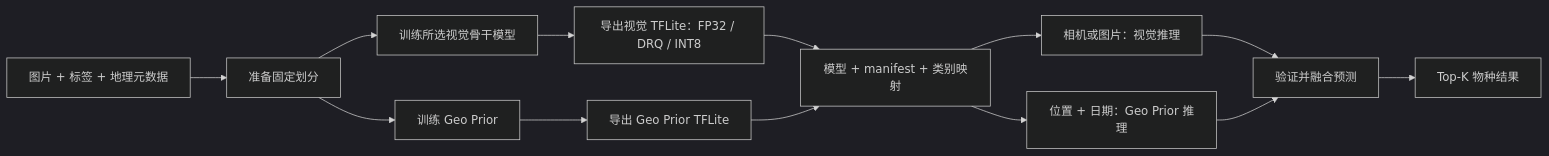
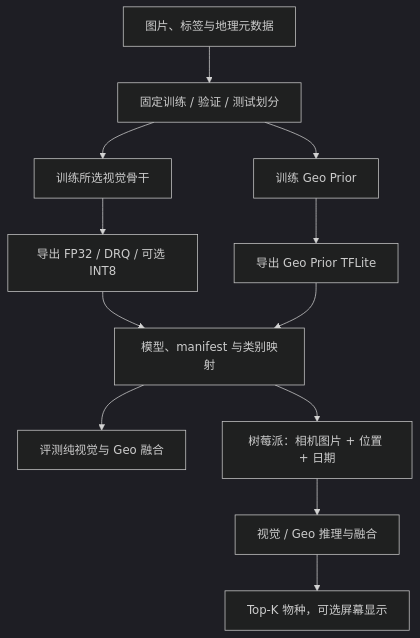
One commit to winson5566/biodiversity-edge-ai changed the diagram in README.zh-CN.md. Above: the diagram before and after it, drawn with Mermaid (dark theme). The commit also changed other lines of this file and 28 other files, not shown here.

````diff
--- a/README.zh-CN.md
+++ b/README.zh-CN.md
@@ -122,15 +354,14 @@
 ```mermaid
-flowchart LR
-  RAW[图片 + 标签 + 地理元数据] --> PREP[准备固定划分]
-  PREP --> VTRAIN[训练所选视觉骨干模型]
-  PREP --> GTRAIN[训练 Geo Prior]
-  VTRAIN --> VEXPORT[导出视觉 TFLite：FP32 / DRQ / INT8]
-  GTRAIN --> GEXPORT[导出 Geo Prior TFLite]
-  VEXPORT --> ART[模型 + manifest + 类别映射]
-  GEXPORT --> ART
-  ART --> VINF[相机或图片：视觉推理]
-  ART --> GINF[位置 + 日期：Geo Prior 推理]
-  VINF --> FUSE[验证并融合预测]
-  GINF --> FUSE
-  FUSE --> OUT[Top-K 物种结果]
+flowchart TD
+  A["图片、标签与地理元数据"] --> B["固定训练 / 验证 / 测试划分"]
+  B --> C["训练所选视觉骨干"]
+  B --> D["训练 Geo Prior"]
+  C --> E["导出 FP32 / DRQ / 可选 INT8"]
+  D --> F["导出 Geo Prior TFLite"]
+  E --> G["模型、manifest 与类别映射"]
+  F --> G
+  G --> H["评测纯视觉与 Geo 融合"]
+  G --> I["树莓派：相机图片 + 位置 + 日期"]
+  I --> J["视觉 / Geo 推理与融合"]
+  J --> K["Top-K 物种，可选屏幕显示"]
 ```
````
